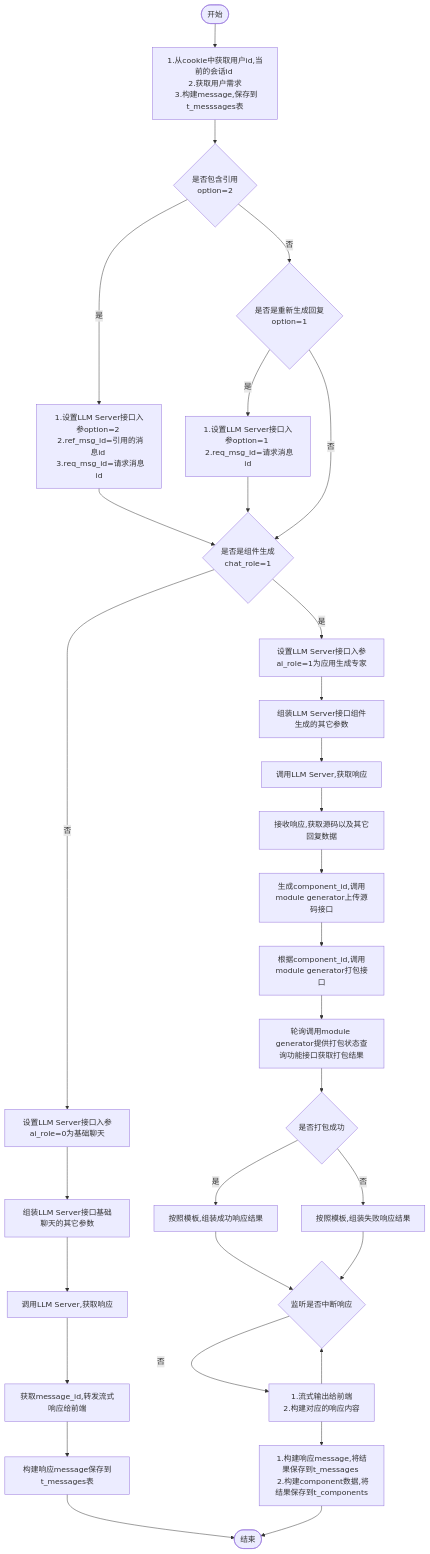
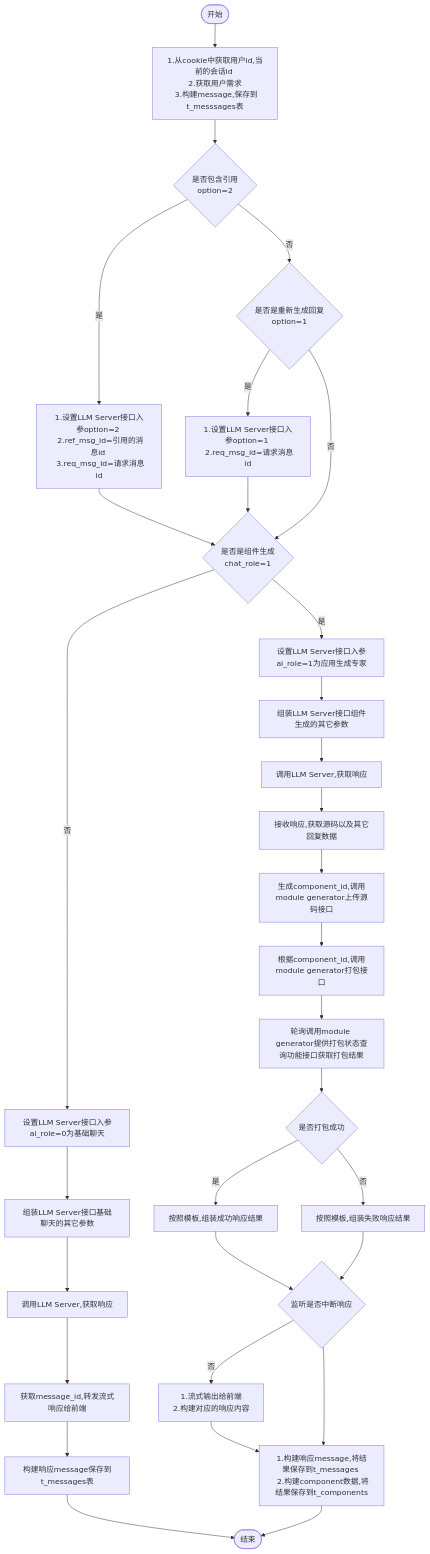
The diagram in all/w3-会话-不需要传递message.md (yingjianzh/iodraw-files), drawn with Mermaid before and after one commit.

Commit message:
2024-10-15 15:16:24 update

````diff
--- a/all/w3-会话-不需要传递message.md
+++ b/all/w3-会话-不需要传递message.md
@@ -1,37 +1,37 @@
 ```mermaid
 flowchart TD
     A([开始]) --> B[1.从cookie中获取用户id,当前的会话id \n 2.获取用户需求 \n 3.构建message,保存到t_messsages表]
     B--> D{是否包含引用 \n option=2}
     D -- 是 --> E[1.设置LLM Server接口入参option=2 \n 2.ref_msg_id=引用的消息id \n 3.req_msg_id=请求消息id]
     D -- 否 --> F{是否是重新生成回复\n option=1}
     F -- 是 --> G[1.设置LLM Server接口入参option=1 \n 2.req_msg_id=请求消息id]
     F -- 否 --> I
      
     E & G --> I{是否是组件生成 \n chat_role=1}
     I -- 否 --> K[设置LLM Server接口入参ai_role=0为基础聊天]
     I -- 是 --> J[设置LLM Server接口入参ai_role=1为应用生成专家]
     
 
     J --> L[组装LLM Server接口组件生成的其它参数]    
     K --> M[组装LLM Server接口基础聊天的其它参数]    
     M --> N[调用LLM Server,获取响应]    
     N --> O[获取message_id,转发流式响应给前端]
     O --> P[构建响应message保存到t_messages表]
     P --> R([结束])
 
 
     L --> S[调用LLM Server,获取响应]
     S --> T[接收响应,获取源码以及其它回复数据]
     T --> U[生成component_id,调用module generator上传源码接口]
     U --> V[根据component_id,调用module generator打包接口]
     V --> W[轮询调用module generator提供打包状态查询功能接口获取打包结果]
     W --> X{是否打包成功}
     X -- 是 --> Y[按照模板,组装成功响应结果]
     X -- 否 --> Z[按照模板,组装失败响应结果]
     Y & Z --> Done{监听是否中断响应}
     Done -- 否 --> OutPut[1.流式输出给前端 \n 2.构建对应的响应内容]
-    OutPut --> Done
+    Done --> Result
     
     OutPut --> Result[1.构建响应message,将结果保存到t_messages \n 2.构建component数据,将结果保存到t_components]
     Result --> R
 ```
````
